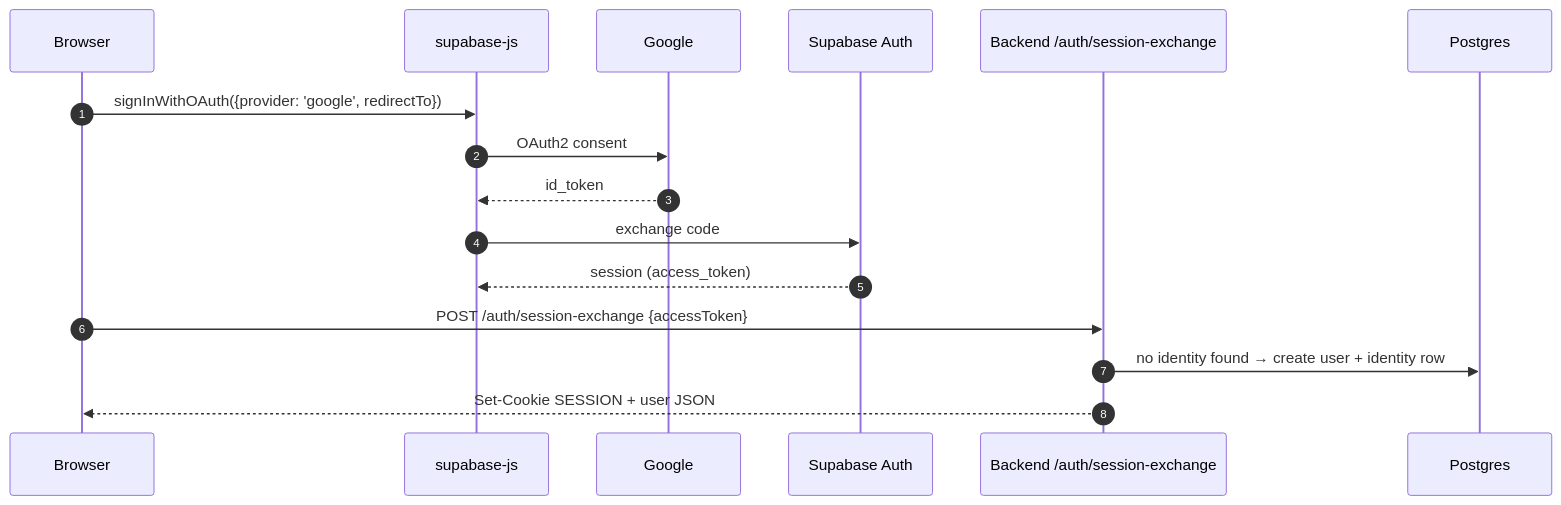
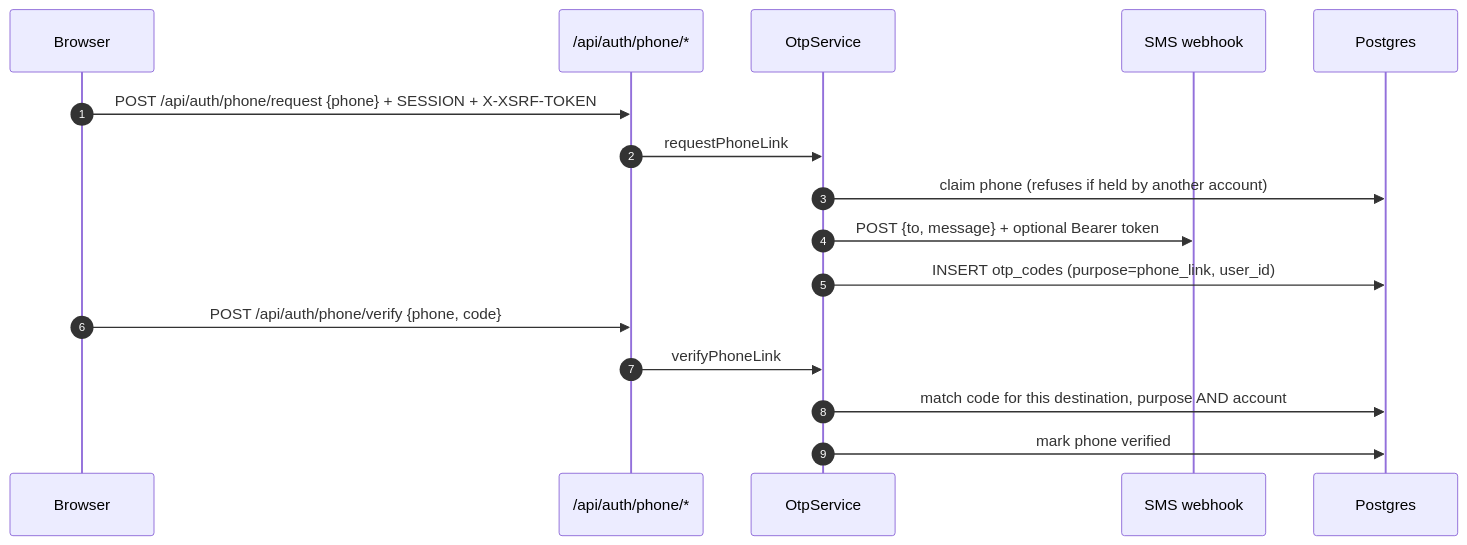
One commit to ishubhamrathi/platform changed the fifth of 6 diagrams in docs/AUTH_ARCHITECTURE.md. Above: the diagram before and after it, drawn with Mermaid. The commit also changed other lines of this file and 2 other files, not shown here.

First line of the commit message:
Document Google SSO and OTP sign-in, bump backend submodule

````diff
--- a/docs/AUTH_ARCHITECTURE.md
+++ b/docs/AUTH_ARCHITECTURE.md
@@ -142,19 +236,19 @@
 ```mermaid
 sequenceDiagram
     autonumber
     participant U as Browser
-    participant SB as supabase-js
-    participant G as Google
-    participant SA as Supabase Auth
-    participant BE as Backend /auth/session-exchange
+    participant BE as /api/auth/phone/*
+    participant OTPS as OtpService
+    participant SMS as SMS webhook
     participant DB as Postgres
 
-    U->>SB: signInWithOAuth({provider: 'google', redirectTo})
-    SB->>G: OAuth2 consent
-    G-->>SB: id_token
-    SB->>SA: exchange code
-    SA-->>SB: session (access_token)
-    U->>BE: POST /auth/session-exchange {accessToken}
-    BE->>DB: no identity found → create user + identity row
-    BE-->>U: Set-Cookie SESSION + user JSON
+    U->>BE: POST /api/auth/phone/request {phone} + SESSION + X-XSRF-TOKEN
+    BE->>OTPS: requestPhoneLink
+    OTPS->>DB: claim phone (refuses if held by another account)
+    OTPS->>SMS: POST {to, message} + optional Bearer token
+    OTPS->>DB: INSERT otp_codes (purpose=phone_link, user_id)
+    U->>BE: POST /api/auth/phone/verify {phone, code}
+    BE->>OTPS: verifyPhoneLink
+    OTPS->>DB: match code for this destination, purpose AND account
+    OTPS->>DB: mark phone verified
 ```
````
